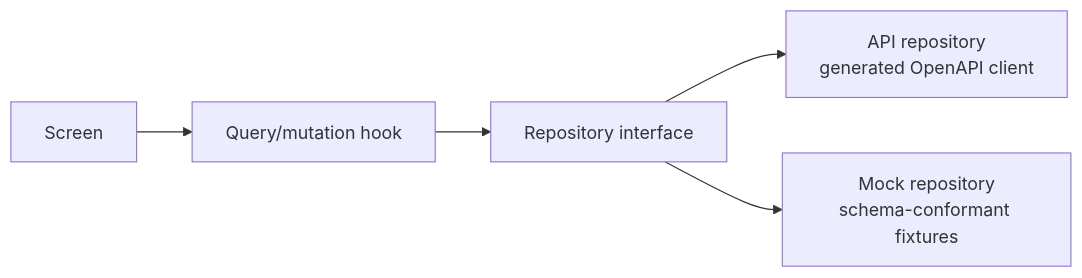
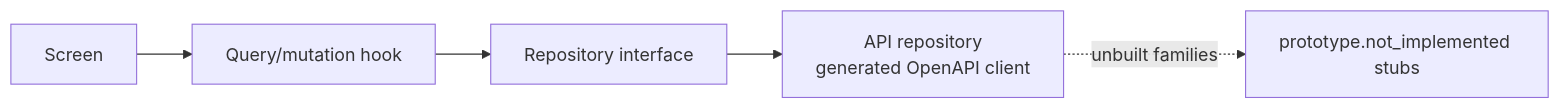
The second of 2 diagrams in docs/architecture/05-universal-frontend.md (wztechno/healthlyzone360), drawn with Mermaid before and after one commit. The commit also changed other lines of this file and 4 other files, not shown here.

First line of the commit message:
Mock removal P6a: rewrite the current-state docs for the api-only world

````diff
--- a/docs/architecture/05-universal-frontend.md
+++ b/docs/architecture/05-universal-frontend.md
@@ -111,7 +111,7 @@
 ```mermaid
 flowchart LR
     S[Screen] --> H[Query/mutation hook]
     H --> R[Repository interface]
     R --> API[API repository<br/>generated OpenAPI client]
-    R --> MOCK[Mock repository<br/>schema-conformant fixtures]
+    API -. unbuilt families .-> STUB[prototype.not_implemented stubs]
 ```
````
